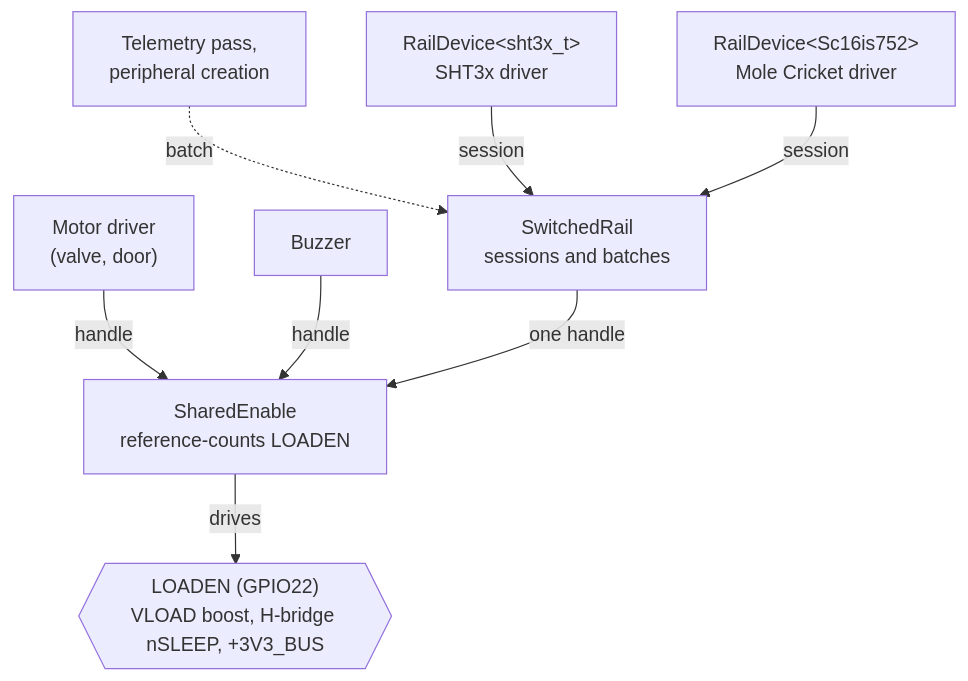
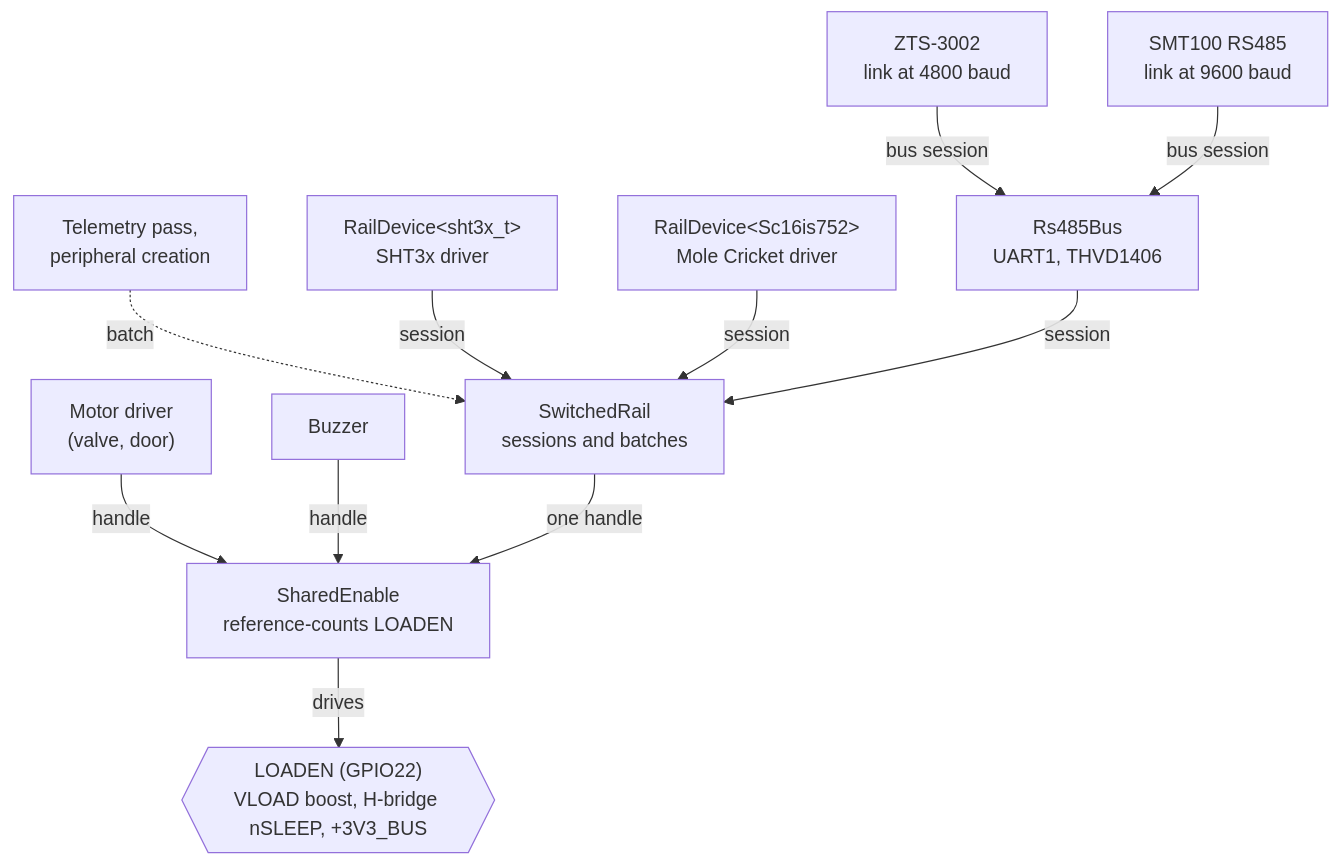
Before and after one commit to cornucopia-machines/ugly-duckling-firmware: the second of 3 diagrams in docs/Architecture.md, drawn with Mermaid. The commit also changed other lines of this file and 8 other files, not shown here.

````diff
--- a/docs/Architecture.md
+++ b/docs/Architecture.md
@@ -226,19 +226,25 @@
 ```mermaid
 graph TD
     LOADEN{{"LOADEN (GPIO22)<br>VLOAD boost, H-bridge nSLEEP, +3V3_BUS"}}
     SharedEnable["SharedEnable<br>reference-counts LOADEN"]
     Motor["Motor driver<br>(valve, door)"]
     Buzzer["Buzzer"]
     Rail["SwitchedRail<br>sessions and batches"]
     Telemetry["Telemetry pass,<br>peripheral creation"]
     Sensor1["RailDevice&lt;sht3x_t&gt;<br>SHT3x driver"]
     Sensor2["RailDevice&lt;Sc16is752&gt;<br>Mole Cricket driver"]
+    Rs485["Rs485Bus<br>UART1, THVD1406"]
+    Probe1["ZTS-3002<br>link at 4800 baud"]
+    Probe2["SMT100 RS485<br>link at 9600 baud"]
 
     SharedEnable -->|drives| LOADEN
     Motor -->|handle| SharedEnable
     Buzzer -->|handle| SharedEnable
     Rail -->|one handle| SharedEnable
     Telemetry -.->|batch| Rail
     Sensor1 -->|session| Rail
     Sensor2 -->|session| Rail
+    Rs485 -->|session| Rail
+    Probe1 -->|bus session| Rs485
+    Probe2 -->|bus session| Rs485
 ```
````
